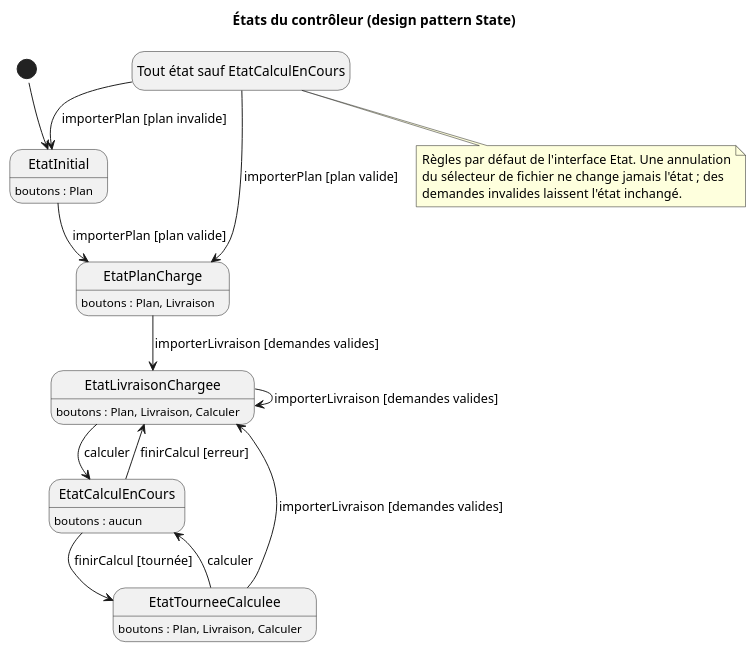
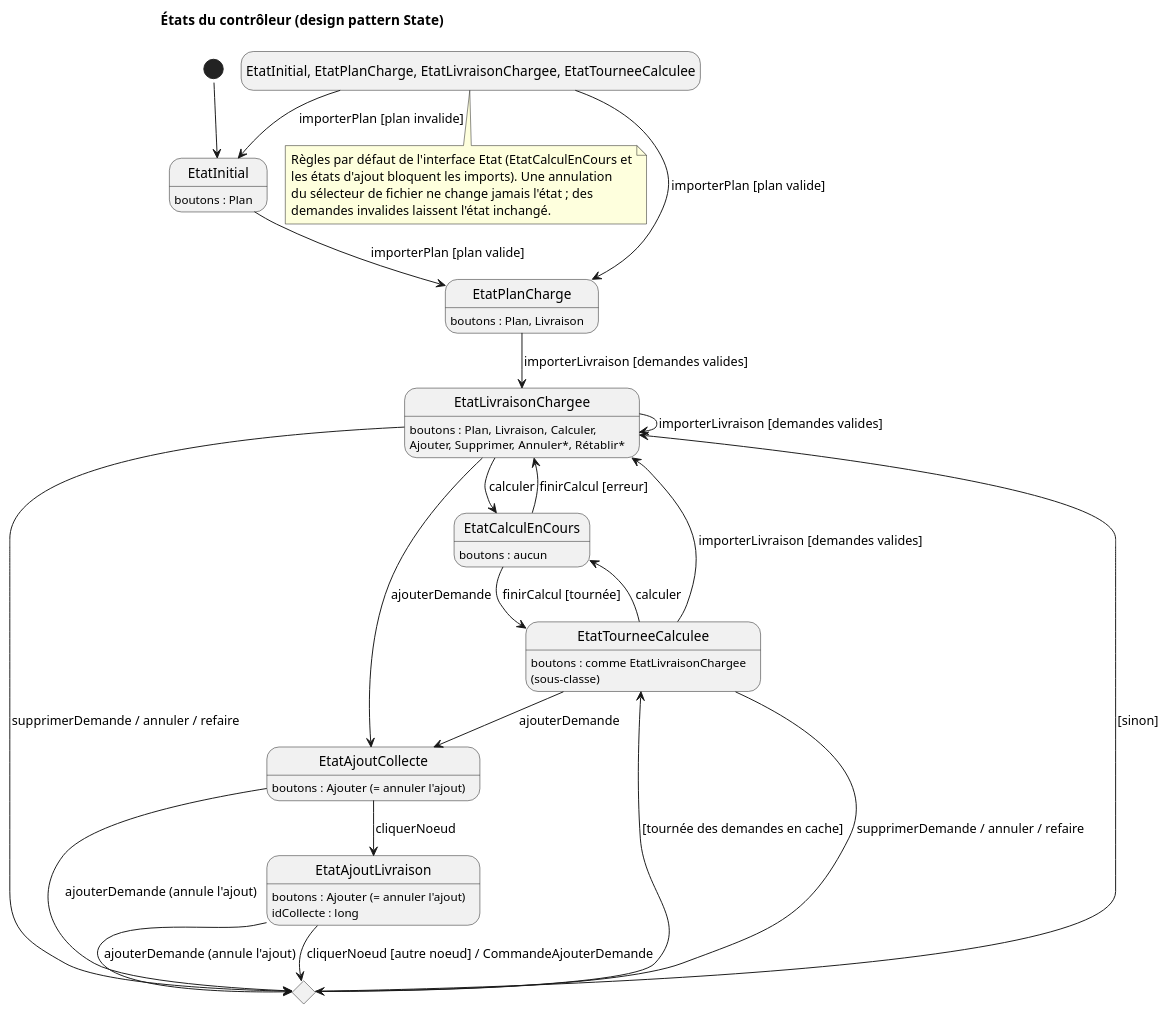
The diagram in docs/diagrams/etats-controleur.puml (tristanhp/Optimod-Lyon), drawn with PlantUML before and after one commit. The commit also changed 25 other files, not shown here.

Commit message:
TIG-92 design pattern Command pour annuler les modifications (#26)

```diff
--- a/docs/diagrams/etats-controleur.puml
+++ b/docs/diagrams/etats-controleur.puml
@@ -1,30 +1,49 @@
 @startuml etats-controleur
 !pragma layout smetana
 title États du contrôleur (design pattern State)
 hide empty description
 [*] --> EtatInitial
 EtatInitial : boutons : Plan
 EtatPlanCharge : boutons : Plan, Livraison
-EtatLivraisonChargee : boutons : Plan, Livraison, Calculer
+EtatLivraisonChargee : boutons : Plan, Livraison, Calculer,
+EtatLivraisonChargee : Ajouter, Supprimer, Annuler*, Rétablir*
 EtatCalculEnCours : boutons : aucun
-EtatTourneeCalculee : boutons : Plan, Livraison, Calculer
+EtatTourneeCalculee : boutons : comme EtatLivraisonChargee
+EtatTourneeCalculee : (sous-classe)
+EtatAjoutCollecte : boutons : Ajouter (= annuler l'ajout)
+EtatAjoutLivraison : boutons : Ajouter (= annuler l'ajout)
+EtatAjoutLivraison : idCollecte : long
 
 EtatInitial --> EtatPlanCharge : importerPlan [plan valide]
 EtatPlanCharge --> EtatLivraisonChargee : importerLivraison [demandes valides]
 EtatLivraisonChargee --> EtatCalculEnCours : calculer
 EtatCalculEnCours --> EtatTourneeCalculee : finirCalcul [tournée]
 EtatCalculEnCours --> EtatLivraisonChargee : finirCalcul [erreur]
 EtatTourneeCalculee --> EtatCalculEnCours : calculer
 EtatLivraisonChargee --> EtatLivraisonChargee : importerLivraison [demandes valides]
 EtatTourneeCalculee --> EtatLivraisonChargee : importerLivraison [demandes valides]
 
-state "Tout état sauf EtatCalculEnCours" as tous
+state "Choix de l'état selon le cache" as cache <<choice>>
+EtatLivraisonChargee --> cache : supprimerDemande / annuler / refaire
+EtatTourneeCalculee --> cache : supprimerDemande / annuler / refaire
+cache --> EtatTourneeCalculee : [tournée des demandes en cache]
+cache --> EtatLivraisonChargee : [sinon]
+
+EtatLivraisonChargee --> EtatAjoutCollecte : ajouterDemande
+EtatTourneeCalculee --> EtatAjoutCollecte : ajouterDemande
+EtatAjoutCollecte --> EtatAjoutLivraison : cliquerNoeud
+EtatAjoutLivraison --> cache : cliquerNoeud [autre noeud] / CommandeAjouterDemande
+EtatAjoutCollecte --> cache : ajouterDemande (annule l'ajout)
+EtatAjoutLivraison --> cache : ajouterDemande (annule l'ajout)
+
+state "EtatInitial, EtatPlanCharge, EtatLivraisonChargee, EtatTourneeCalculee" as tous
 tous --> EtatPlanCharge : importerPlan [plan valide]
 tous --> EtatInitial : importerPlan [plan invalide]
 
 note bottom of tous
-Règles par défaut de l'interface Etat. Une annulation
+Règles par défaut de l'interface Etat (EtatCalculEnCours et
+les états d'ajout bloquent les imports). Une annulation
 du sélecteur de fichier ne change jamais l'état ; des
 demandes invalides laissent l'état inchangé.
 end note
 @enduml
```
